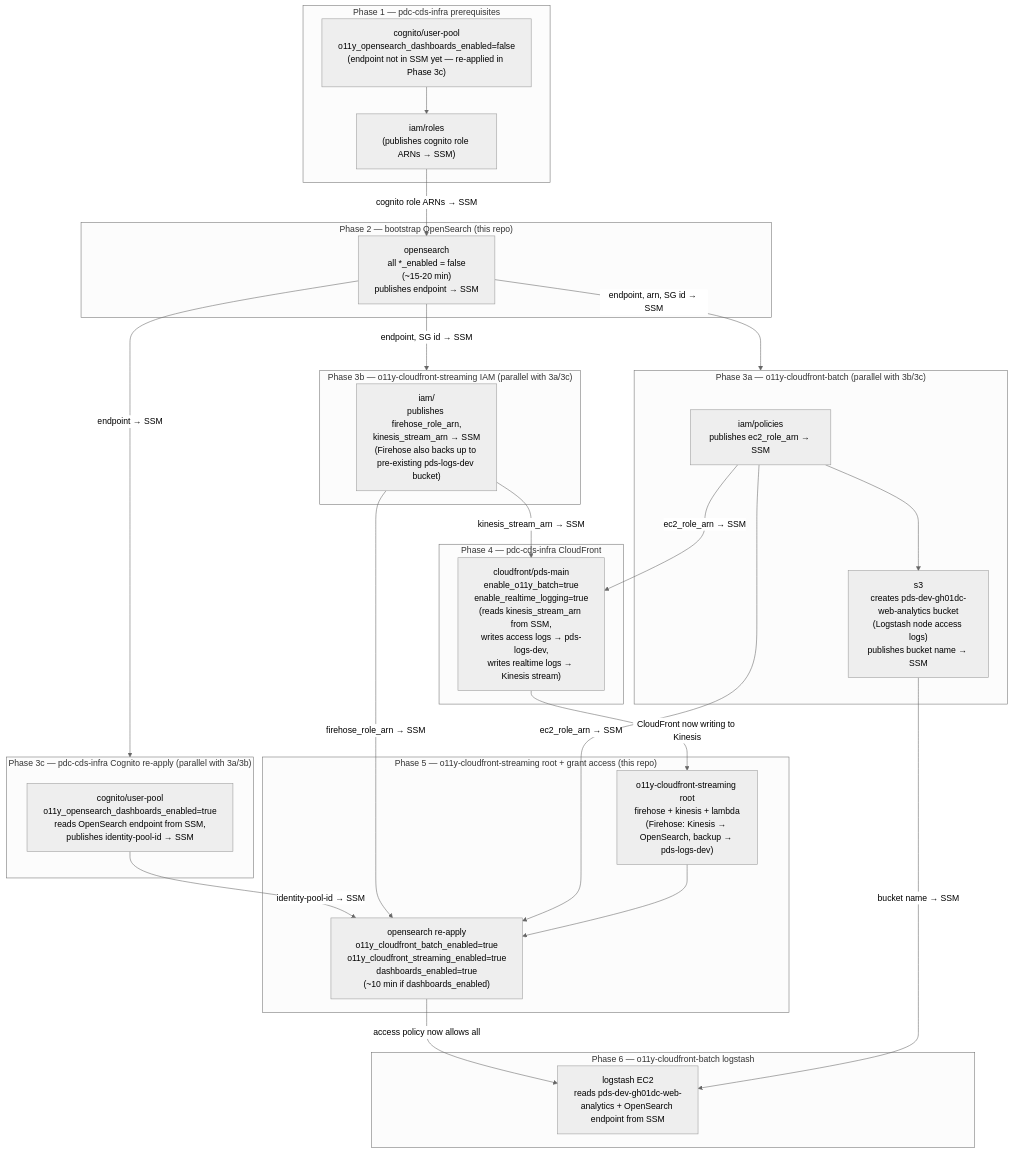
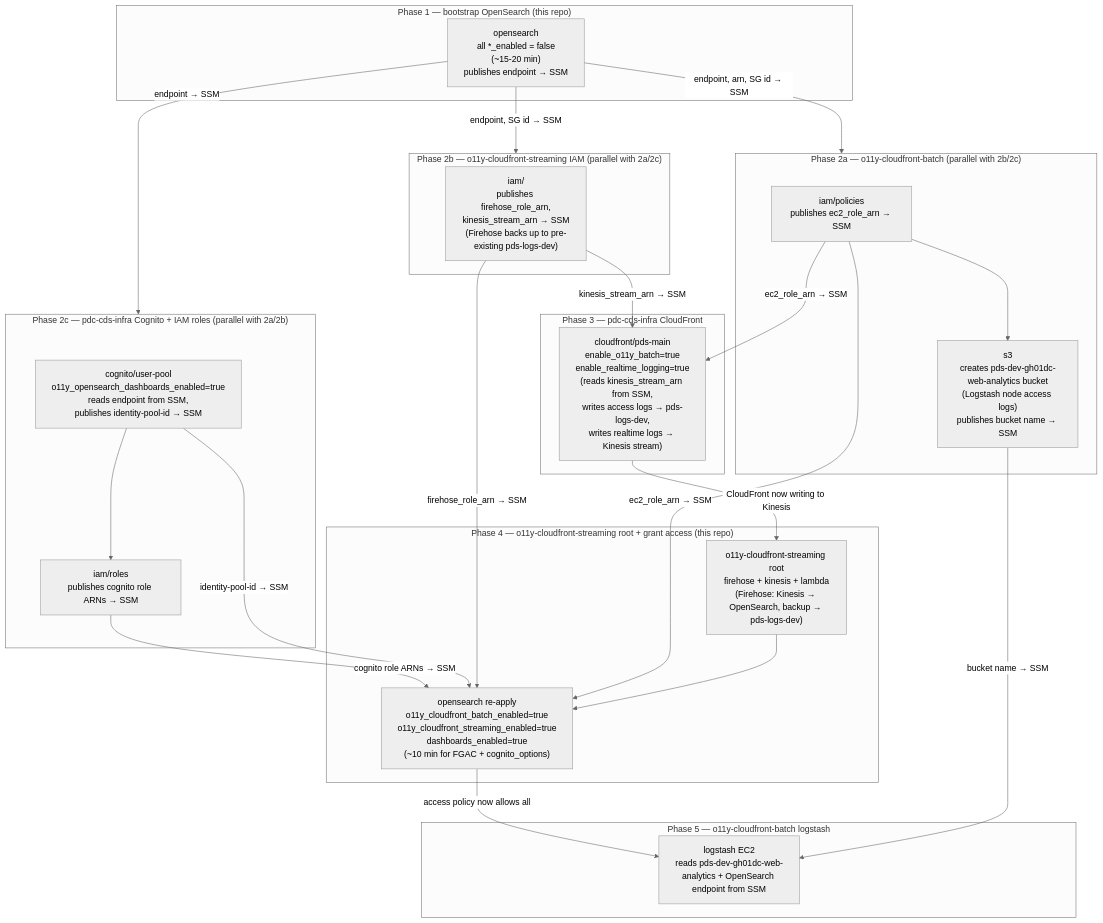
Before and after one commit to NASA-PDS/o11y-platform: the second of 2 diagrams in terraform/README.md, drawn with Mermaid (neutral theme). The commit also changed other lines of this file, not shown here.

Commit message:
Simplify deployment flow: OpenSearch bootstrap first, then Cognito in parallel
No two-step Cognito dance. Bootstrap OpenSearch first (no Cognito dep),
then deploy pdc-cds-infra cognito/user-pool with
o11y_opensearch_dashboards_enabled=true in Phase 2c — endpoint is
already in SSM so no re-apply needed.

````diff
--- a/terraform/README.md
+++ b/terraform/README.md
@@ -70,53 +70,49 @@
 ```mermaid
 flowchart TD
-    subgraph p1["Phase 1 — pdc-cds-infra prerequisites"]
-        COGPOOL["cognito/user-pool\no11y_opensearch_dashboards_enabled=false\n(endpoint not in SSM yet — re-applied in Phase 3c)"]
-        IAMROLES["iam/roles\n(publishes cognito role ARNs → SSM)"]
-        COGPOOL --> IAMROLES
-    end
-
-    subgraph p2["Phase 2 — bootstrap OpenSearch (this repo)"]
+    subgraph p1["Phase 1 — bootstrap OpenSearch (this repo)"]
         OS1["opensearch\nall *_enabled = false\n(~15-20 min)\npublishes endpoint → SSM"]
     end
 
-    subgraph p3a["Phase 3a — o11y-cloudfront-batch (parallel with 3b/3c)"]
+    subgraph p2a["Phase 2a — o11y-cloudfront-batch (parallel with 2b/2c)"]
         BIAM["iam/policies\npublishes ec2_role_arn → SSM"]
         BS3["s3\ncreates pds-dev-gh01dc-web-analytics bucket\n(Logstash node access logs)\npublishes bucket name → SSM"]
         BIAM --> BS3
     end
 
-    subgraph p3b["Phase 3b — o11y-cloudfront-streaming IAM (parallel with 3a/3c)"]
-        CFIAM["iam/\npublishes firehose_role_arn,\nkinesis_stream_arn → SSM\n(Firehose also backs up to pre-existing pds-logs-dev bucket)"]
+    subgraph p2b["Phase 2b — o11y-cloudfront-streaming IAM (parallel with 2a/2c)"]
+        CFIAM["iam/\npublishes firehose_role_arn,\nkinesis_stream_arn → SSM\n(Firehose backs up to pre-existing pds-logs-dev)"]
     end
 
-    subgraph p3c["Phase 3c — pdc-cds-infra Cognito re-apply (parallel with 3a/3b)"]
-        CDS["cognito/user-pool\no11y_opensearch_dashboards_enabled=true\nreads OpenSearch endpoint from SSM,\npublishes identity-pool-id → SSM"]
+    subgraph p2c["Phase 2c — pdc-cds-infra Cognito + IAM roles (parallel with 2a/2b)"]
+        CDS["cognito/user-pool\no11y_opensearch_dashboards_enabled=true\nreads endpoint from SSM,\npublishes identity-pool-id → SSM"]
+        IAMROLES["iam/roles\npublishes cognito role ARNs → SSM"]
+        CDS --> IAMROLES
     end
 
-    subgraph p4["Phase 4 — pdc-cds-infra CloudFront"]
+    subgraph p3["Phase 3 — pdc-cds-infra CloudFront"]
         CF["cloudfront/pds-main\nenable_o11y_batch=true\nenable_realtime_logging=true\n(reads kinesis_stream_arn from SSM,\nwrites access logs → pds-logs-dev,\nwrites realtime logs → Kinesis stream)"]
     end
 
-    subgraph p5["Phase 5 — o11y-cloudfront-streaming root + grant access (this repo)"]
+    subgraph p4["Phase 4 — o11y-cloudfront-streaming root + grant access (this repo)"]
         CFMAIN["o11y-cloudfront-streaming root\nfirehose + kinesis + lambda\n(Firehose: Kinesis → OpenSearch, backup → pds-logs-dev)"]
-        OS2["opensearch re-apply\no11y_cloudfront_batch_enabled=true\no11y_cloudfront_streaming_enabled=true\ndashboards_enabled=true\n(~10 min if dashboards_enabled)"]
+        OS2["opensearch re-apply\no11y_cloudfront_batch_enabled=true\no11y_cloudfront_streaming_enabled=true\ndashboards_enabled=true\n(~10 min for FGAC + cognito_options)"]
     end
 
-    subgraph p6["Phase 6 — o11y-cloudfront-batch logstash"]
+    subgraph p5["Phase 5 — o11y-cloudfront-batch logstash"]
         LS["logstash EC2\nreads pds-dev-gh01dc-web-analytics + OpenSearch endpoint from SSM"]
     end
 
-    IAMROLES -->|"cognito role ARNs → SSM"| OS1
-    OS1 -->|"endpoint, arn, SG id → SSM"| p3a
-    OS1 -->|"endpoint, SG id → SSM"| p3b
-    OS1 -->|"endpoint → SSM"| p3c
+    OS1 -->|"endpoint, arn, SG id → SSM"| p2a
+    OS1 -->|"endpoint, SG id → SSM"| p2b
+    OS1 -->|"endpoint → SSM"| p2c
     BIAM -->|"ec2_role_arn → SSM"| CF
     CFIAM -->|"kinesis_stream_arn → SSM"| CF
+    IAMROLES -->|"cognito role ARNs → SSM"| OS2
     CDS -->|"identity-pool-id → SSM"| OS2
     CFIAM -->|"firehose_role_arn → SSM"| OS2
     BIAM -->|"ec2_role_arn → SSM"| OS2
     CF -->|"CloudFront now writing to Kinesis"| CFMAIN
     CFMAIN --> OS2
     OS2 -->|"access policy now allows all"| LS
     BS3 -->|"bucket name → SSM"| LS
 ```
````
